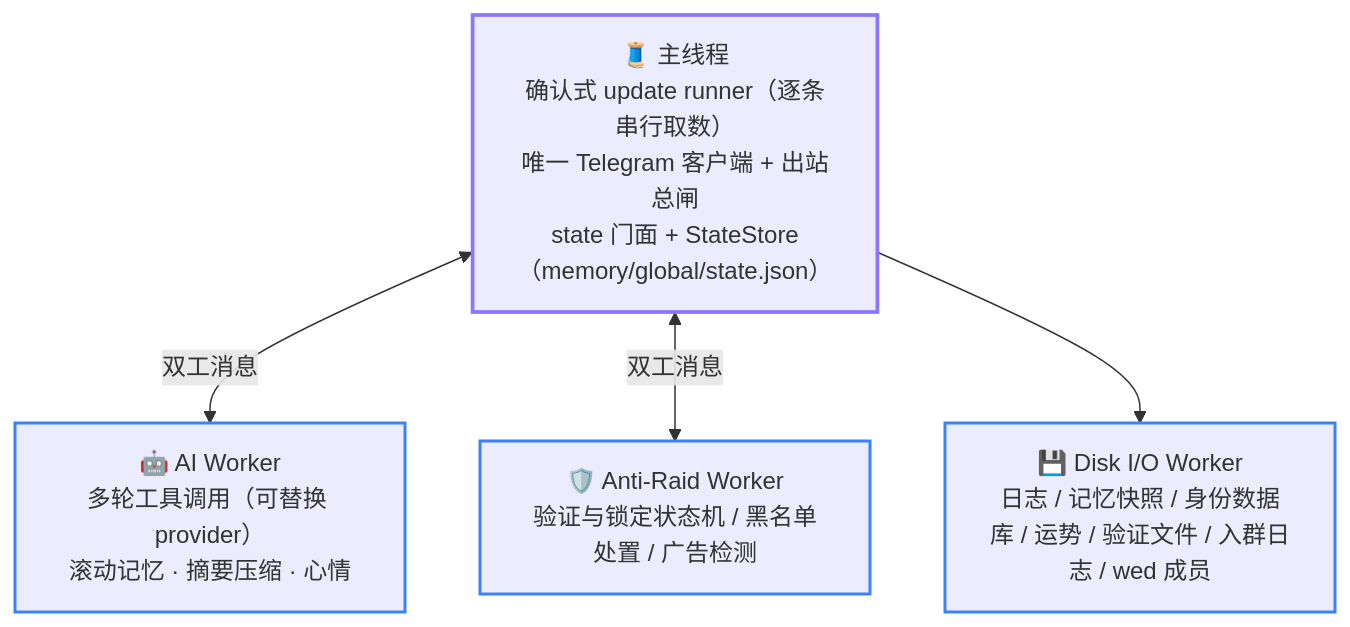
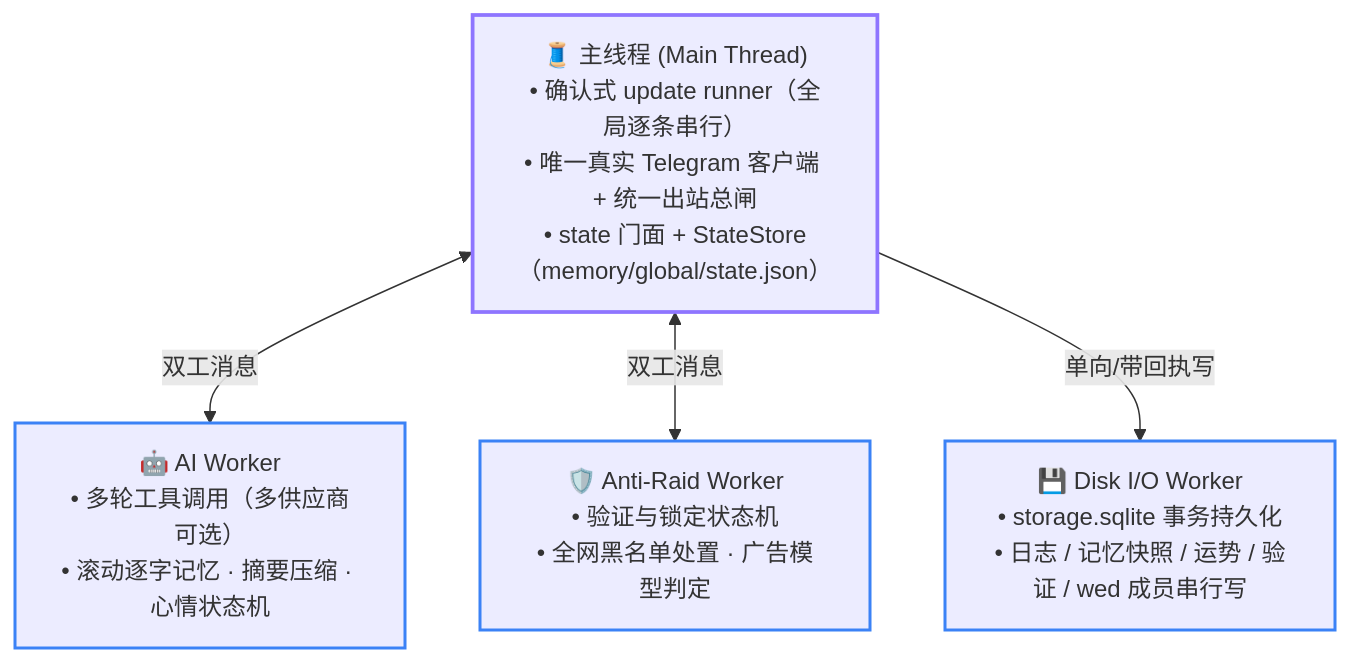
One commit to Asashishi/copy_ninjia changed the first of 2 diagrams in docs/cn/02-architecture.md. Above: the diagram before and after it, drawn with Mermaid. The commit also changed other lines of this file and 691 other files, not shown here.

````diff
--- a/docs/cn/02-architecture.md
+++ b/docs/cn/02-architecture.md
@@ -17,14 +17,14 @@
 ```mermaid
 flowchart TD
     classDef main stroke:#8e75ff,stroke-width:2.5px;
     classDef worker stroke:#3b82f6,stroke-width:2px;
 
-    MAIN["🧵 主线程<br/>确认式 update runner（逐条串行取数）<br/>唯一 Telegram 客户端 + 出站总闸<br/>state 门面 + StateStore（memory/global/state.json）"]:::main
-    AI["🤖 AI Worker<br/>多轮工具调用（可替换 provider）<br/>滚动记忆 · 摘要压缩 · 心情"]:::worker
-    RAID["🛡️ Anti-Raid Worker<br/>验证与锁定状态机 / 黑名单处置 / 广告检测"]:::worker
-    DISK["💾 Disk I/O Worker<br/>日志 / 记忆快照 / 身份数据库 / 运势 / 验证文件 / 入群日志 / wed 成员"]:::worker
+    MAIN["🧵 主线程 (Main Thread)<br/>• 确认式 update runner（全局逐条串行）<br/>• 唯一真实 Telegram 客户端 + 统一出站总闸<br/>• state 门面 + StateStore（memory/global/state.json）"]:::main
+    AI["🤖 AI Worker<br/>• 多轮工具调用（多供应商可选）<br/>• 滚动逐字记忆 · 摘要压缩 · 心情状态机"]:::worker
+    RAID["🛡️ Anti-Raid Worker<br/>• 验证与锁定状态机<br/>• 全网黑名单处置 · 广告模型判定"]:::worker
+    DISK["💾 Disk I/O Worker<br/>• storage.sqlite 事务持久化<br/>• 日志 / 记忆快照 / 运势 / 验证 / wed 成员串行写"]:::worker
 
     MAIN <-->|双工消息| AI
     MAIN <-->|双工消息| RAID
-    MAIN --> DISK
+    MAIN -->|单向/带回执写| DISK
 ```
````
